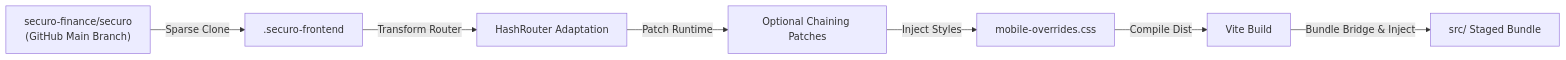
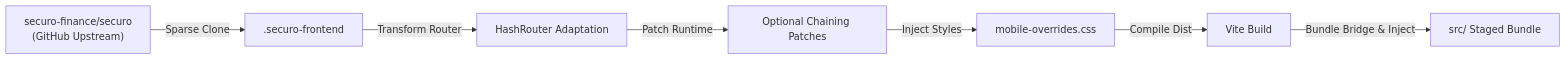
The third of 4 diagrams in ARCHITECTURE.md (Marcelo-maga/securo-client), drawn with Mermaid before and after one commit. The commit also changed other lines of this file and 2 other files, not shown here.

Commit message:
docs: align architecture pipeline diagram and contribution guidelines

````diff
--- a/ARCHITECTURE.md
+++ b/ARCHITECTURE.md
@@ -101,9 +101,9 @@
 ```mermaid
 flowchart LR
-    A["securo-finance/securo\n(GitHub Main Branch)"] -->|"Sparse Clone"| B[".securo-frontend"]
+    A["securo-finance/securo\n(GitHub Upstream)"] -->|"Sparse Clone"| B[".securo-frontend"]
     B -->|"Transform Router"| C["HashRouter Adaptation"]
     C -->|"Patch Runtime"| D["Optional Chaining Patches"]
     D -->|"Inject Styles"| E["mobile-overrides.css"]
     E -->|"Compile Dist"| F["Vite Build"]
     F -->|"Bundle Bridge & Inject"| G["src/ Staged Bundle"]
 ```
````
